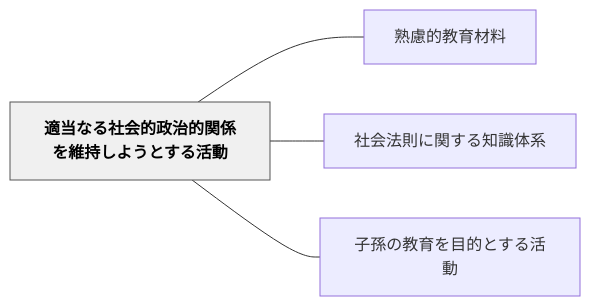
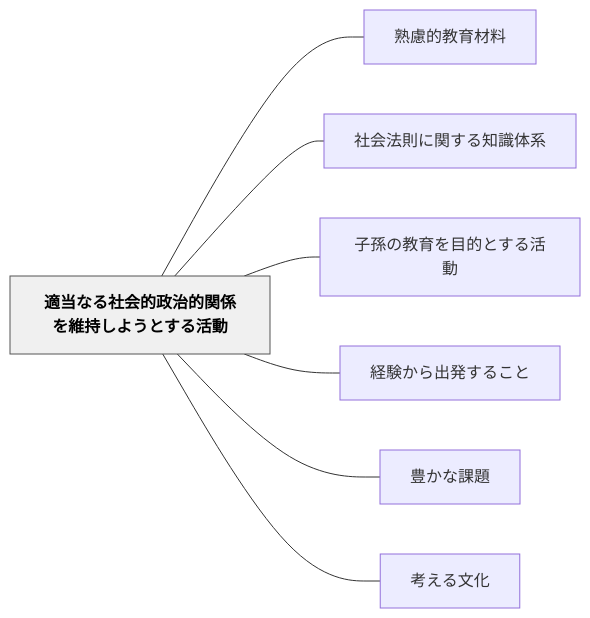
The diagram in content/パタン/適当なる社会的政治的関係を維持しようとする活動.md (unknownthings-ed-patterns/unknownthings-ed-patterns), drawn with Mermaid before and after one commit. The commit also changed other lines of this file and 35 other files, not shown here.

````diff
--- a/content/パタン/適当なる社会的政治的関係を維持しようとする活動.md
+++ b/content/パタン/適当なる社会的政治的関係を維持しようとする活動.md
@@ -43,14 +46,20 @@
 ```mermaid
 flowchart LR
     ne981a9e5bd93e381aae3828be7a4bee4bc9ae79a84e694bfe6b2bbe79a84e996a2e4bf82e38292e7b6ade68c81e38197e38288e38186e381a8e38199e3828be6b4bbe58b95["適当なる社会的政治的関係を維持しようとする活動"]
     ne7869fe685aee79a84e69599e882b2e69d90e69699["熟慮的教育材料"]
     ne7a4bee4bc9ae6b395e58987e381abe996a2e38199e3828be79fa5e8ad98e4bd93e7b3bb["社会法則に関する知識体系"]
     ne5ad90e5adabe381aee69599e882b2e38292e79baee79a84e381a8e38199e3828be6b4bbe58b95["子孫の教育を目的とする活動"]
+    ne7b58ce9a893e3818be38289e587bae799bae38199e3828be38193e381a8["経験から出発すること"]
+    ne8b18ae3818be381aae8aab2e9a18c["豊かな課題"]
+    ne88083e38188e3828be69687e58c96["考える文化"]
 
     ne981a9e5bd93e381aae3828be7a4bee4bc9ae79a84e694bfe6b2bbe79a84e996a2e4bf82e38292e7b6ade68c81e38197e38288e38186e381a8e38199e3828be6b4bbe58b95 --- ne7869fe685aee79a84e69599e882b2e69d90e69699
     ne981a9e5bd93e381aae3828be7a4bee4bc9ae79a84e694bfe6b2bbe79a84e996a2e4bf82e38292e7b6ade68c81e38197e38288e38186e381a8e38199e3828be6b4bbe58b95 --- ne7a4bee4bc9ae6b395e58987e381abe996a2e38199e3828be79fa5e8ad98e4bd93e7b3bb
     ne981a9e5bd93e381aae3828be7a4bee4bc9ae79a84e694bfe6b2bbe79a84e996a2e4bf82e38292e7b6ade68c81e38197e38288e38186e381a8e38199e3828be6b4bbe58b95 --- ne5ad90e5adabe381aee69599e882b2e38292e79baee79a84e381a8e38199e3828be6b4bbe58b95
+    ne981a9e5bd93e381aae3828be7a4bee4bc9ae79a84e694bfe6b2bbe79a84e996a2e4bf82e38292e7b6ade68c81e38197e38288e38186e381a8e38199e3828be6b4bbe58b95 --- ne7b58ce9a893e3818be38289e587bae799bae38199e3828be38193e381a8
+    ne981a9e5bd93e381aae3828be7a4bee4bc9ae79a84e694bfe6b2bbe79a84e996a2e4bf82e38292e7b6ade68c81e38197e38288e38186e381a8e38199e3828be6b4bbe58b95 --- ne8b18ae3818be381aae8aab2e9a18c
+    ne981a9e5bd93e381aae3828be7a4bee4bc9ae79a84e694bfe6b2bbe79a84e996a2e4bf82e38292e7b6ade68c81e38197e38288e38186e381a8e38199e3828be6b4bbe58b95 --- ne88083e38188e3828be69687e58c96
 
     classDef hub fill:#f0f0f0,stroke:#555,color:#000,font-weight:bold
     class ne981a9e5bd93e381aae3828be7a4bee4bc9ae79a84e694bfe6b2bbe79a84e996a2e4bf82e38292e7b6ade68c81e38197e38288e38186e381a8e38199e3828be6b4bbe58b95 hub
 ```
````
